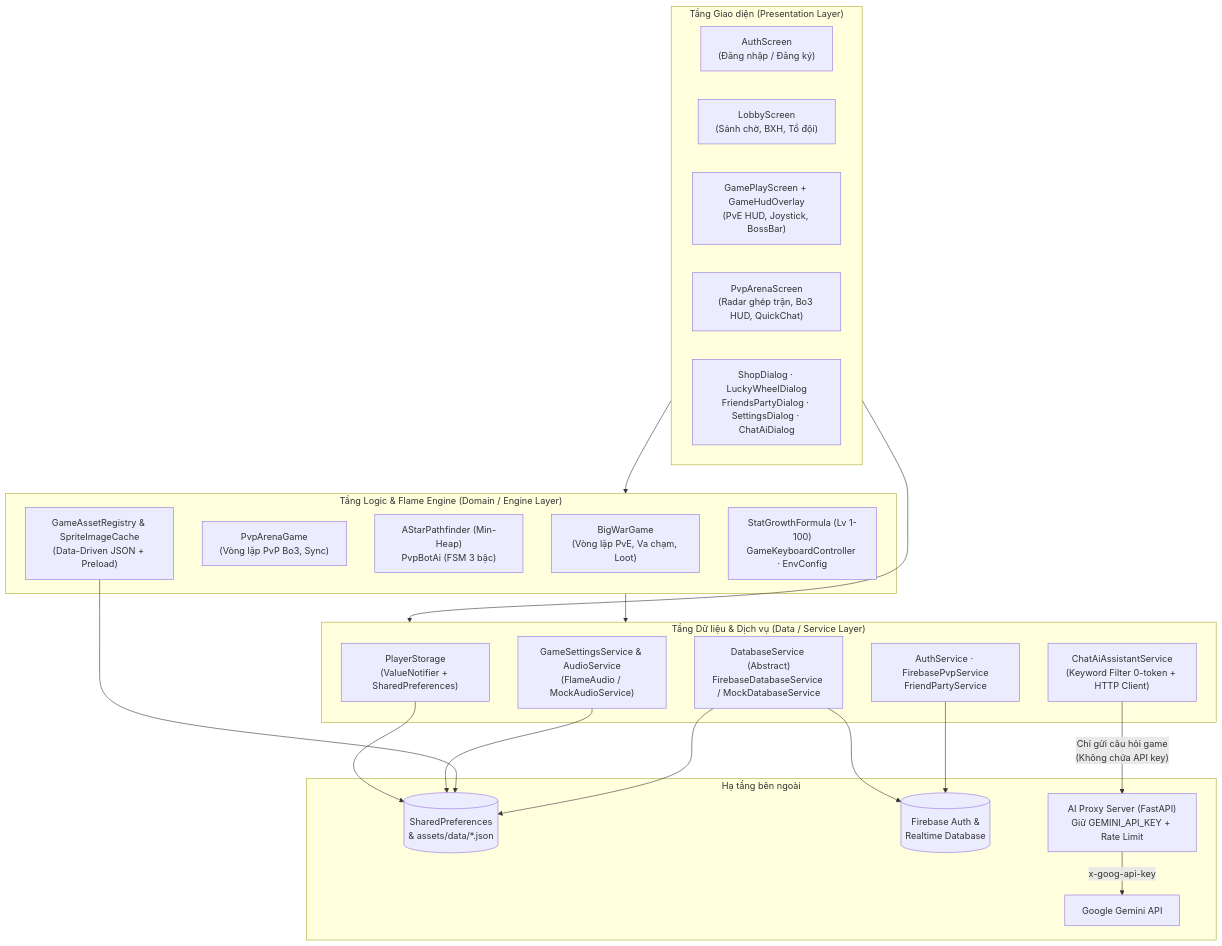
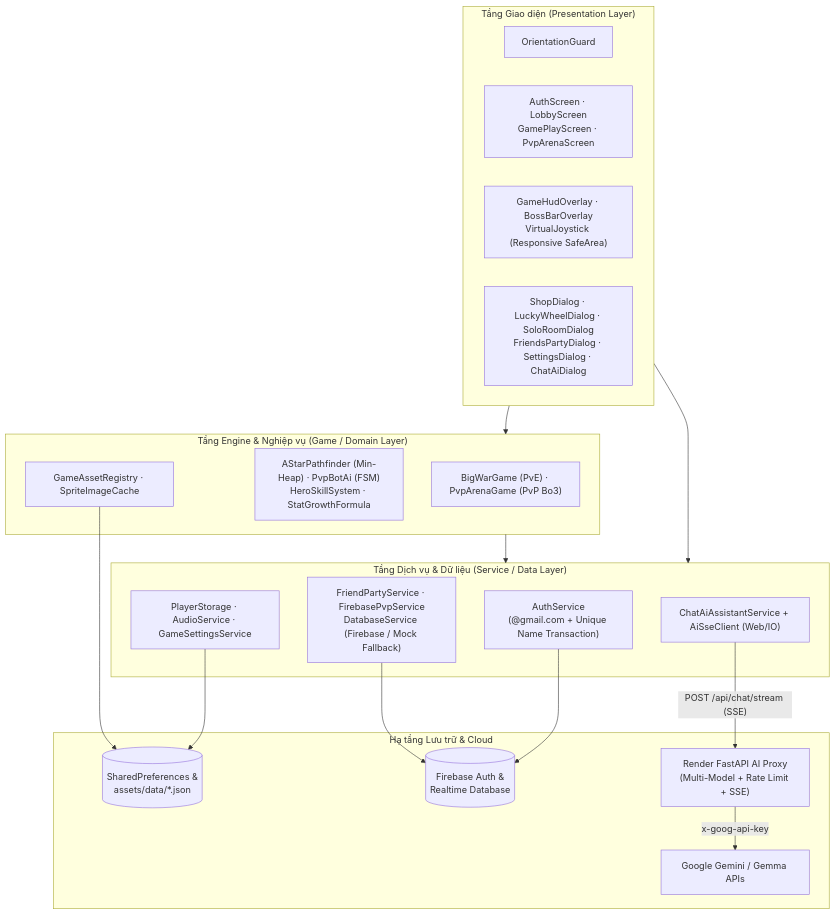
Before and after one commit to TolaTien/My-game: the second of 2 diagrams in README.md, drawn with Mermaid. The commit also changed other lines of this file, not shown here.

````diff
--- a/README.md
+++ b/README.md
@@ -123,45 +138,39 @@
 ```mermaid
 flowchart TB
-    subgraph UI["Tầng Giao diện (Presentation Layer)"]
-        Auth["AuthScreen<br/>(Đăng nhập / Đăng ký)"]
-        Lobby["LobbyScreen<br/>(Sảnh chờ, BXH, Tổ đội)"]
-        PvE["GamePlayScreen + GameHudOverlay<br/>(PvE HUD, Joystick, BossBar)"]
-        PvP["PvpArenaScreen<br/>(Radar ghép trận, Bo3 HUD, QuickChat)"]
-        Dialogs["ShopDialog · LuckyWheelDialog<br/>FriendsPartyDialog · SettingsDialog · ChatAiDialog"]
+    subgraph Presentation["Tầng Giao diện (Presentation Layer)"]
+        Guard["OrientationGuard"]
+        Screens["AuthScreen · LobbyScreen<br/>GamePlayScreen · PvpArenaScreen"]
+        HUD["GameHudOverlay · BossBarOverlay<br/>VirtualJoystick (Responsive SafeArea)"]
+        Modals["ShopDialog · LuckyWheelDialog · SoloRoomDialog<br/>FriendsPartyDialog · SettingsDialog · ChatAiDialog"]
     end
 
-    subgraph Logic["Tầng Logic & Flame Engine (Domain / Engine Layer)"]
-        BWG["BigWarGame<br/>(Vòng lặp PvE, Va chạm, Loot)"]
-        PAG["PvpArenaGame<br/>(Vòng lặp PvP Bo3, Sync)"]
-        AI["AStarPathfinder (Min-Heap)<br/>PvpBotAi (FSM 3 bậc)"]
-        Reg["GameAssetRegistry & SpriteImageCache<br/>(Data-Driven JSON + Preload)"]
-        Core["StatGrowthFormula (Lv 1-100)<br/>GameKeyboardController · EnvConfig"]
+    subgraph Domain["Tầng Engine & Nghiệp vụ (Game / Domain Layer)"]
+        Games["BigWarGame (PvE) · PvpArenaGame (PvP Bo3)"]
+        CombatAI["AStarPathfinder (Min-Heap) · PvpBotAi (FSM)<br/>HeroSkillSystem · StatGrowthFormula"]
+        Registry["GameAssetRegistry · SpriteImageCache"]
     end
 
-    subgraph Data["Tầng Dữ liệu & Dịch vụ (Data / Service Layer)"]
-        PS["PlayerStorage<br/>(ValueNotifier + SharedPreferences)"]
-        GS["GameSettingsService & AudioService<br/>(FlameAudio / MockAudioService)"]
-        DB["DatabaseService (Abstract)<br/>FirebaseDatabaseService / MockDatabaseService"]
-        AuthSvc["AuthService · FirebasePvpService<br/>FriendPartyService"]
-        ChatSvc["ChatAiAssistantService<br/>(Keyword Filter 0-token + HTTP Client)"]
+    subgraph DataLayer["Tầng Dịch vụ & Dữ liệu (Service / Data Layer)"]
+        AuthSvc["AuthService<br/>(@gmail.com + Unique Name Transaction)"]
+        PartySvc["FriendPartyService · FirebasePvpService<br/>DatabaseService (Firebase / Mock Fallback)"]
+        LocalSvc["PlayerStorage · AudioService · GameSettingsService"]
+        AiSvc["ChatAiAssistantService + AiSseClient (Web/IO)"]
     end
 
-    subgraph External["Hạ tầng bên ngoài"]
-        Local[("SharedPreferences<br/>& assets/data/*.json")]
-        FB[("Firebase Auth &<br/>Realtime Database")]
-        Proxy["AI Proxy Server (FastAPI)<br/>Giữ GEMINI_API_KEY + Rate Limit"]
-        Gemini["Google Gemini API"]
+    subgraph Infra["Hạ tầng Lưu trữ & Cloud"]
+        SP[("SharedPreferences &<br/>assets/data/*.json")]
+        Firebase[("Firebase Auth &<br/>Realtime Database")]
+        RenderProxy["Render FastAPI AI Proxy<br/>(Multi-Model + Rate Limit + SSE)"]
+        GeminiAPI["Google Gemini / Gemma APIs"]
     end
 
-    UI --> Logic
-    UI --> Data
-    Logic --> Data
-    PS --> Local
-    GS --> Local
-    Reg --> Local
-    DB --> Local
-    DB --> FB
-    AuthSvc --> FB
-    ChatSvc -->|"Chỉ gửi câu hỏi game<br/>(Không chứa API key)"| Proxy
-    Proxy -->|"x-goog-api-key"| Gemini
+    Presentation --> Domain
+    Presentation --> DataLayer
+    Domain --> DataLayer
+    LocalSvc --> SP
+    Registry --> SP
+    AuthSvc --> Firebase
+    PartySvc --> Firebase
+    AiSvc -->|"POST /api/chat/stream (SSE)"| RenderProxy
+    RenderProxy -->|"x-goog-api-key"| GeminiAPI
 ```
````
